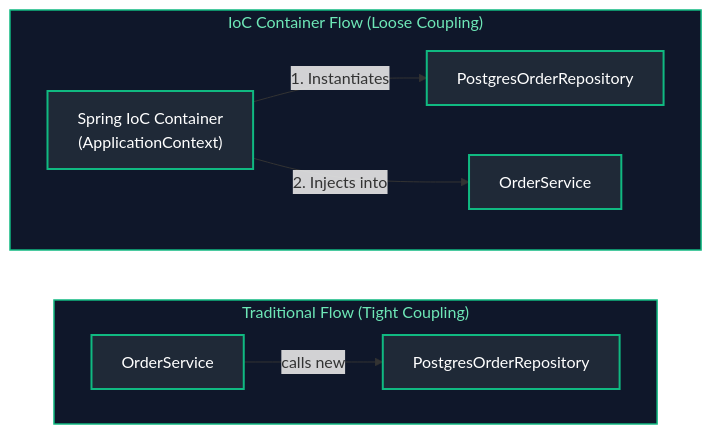
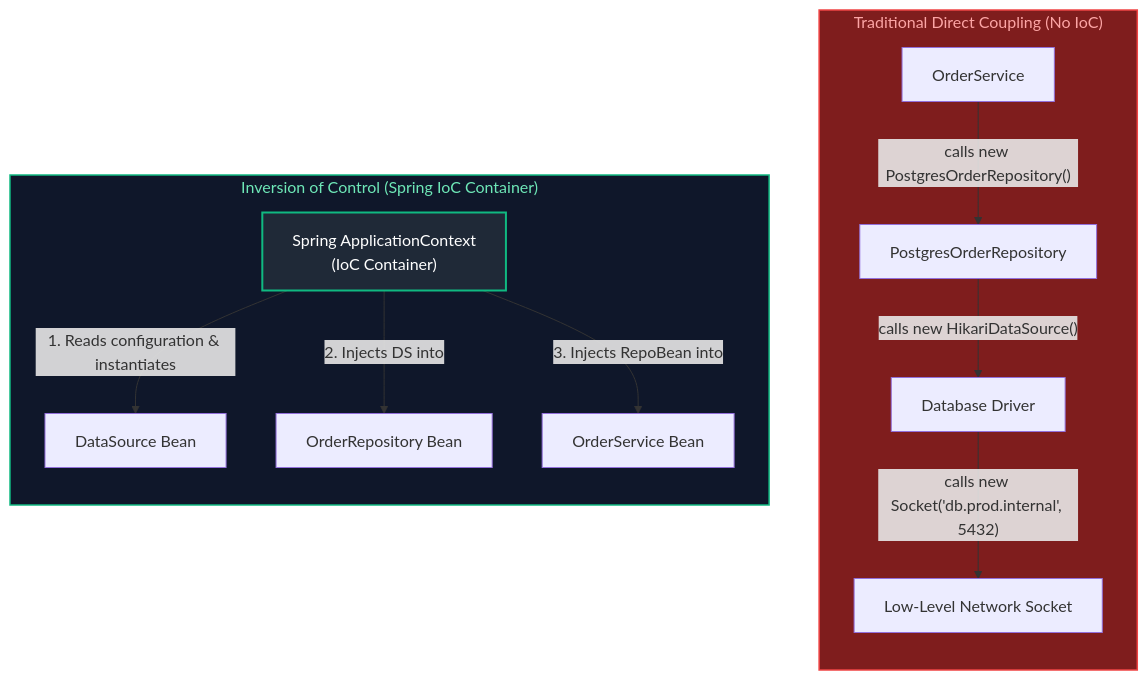
Before and after one commit to joydeep-biswas/Interview-Preparation: the second of 19 diagrams in Java Backend Engineering/07_spring_framework_spring_boot.md, drawn with Mermaid. The commit also changed other lines of this file and 143 other files, not shown here.

````diff
--- a/Java Backend Engineering/07_spring_framework_spring_boot.md
+++ b/Java Backend Engineering/07_spring_framework_spring_boot.md
@@ -110,23 +122,21 @@
 ```mermaid
-flowchart LR
-    subgraph Without_IoC["Traditional Flow (Tight Coupling)"]
-        direction LR
-        Client1["OrderService"] -->|"calls new"| Dep1["PostgresOrderRepository"]
-    end
-    
-    subgraph With_IoC["IoC Container Flow (Loose Coupling)"]
-        direction LR
-        Container["Spring IoC Container<br/>(ApplicationContext)"]
-        Container -->|"1. Instantiates"| Dep2["PostgresOrderRepository"]
-        Container -->|"2. Injects into"| Client2["OrderService"]
+flowchart TD
+    subgraph TraditionalModel ["Traditional Direct Coupling (No IoC)"]
+        direction TB
+        ClientA["OrderService"] -->|"calls new PostgresOrderRepository()"| ConcreteA["PostgresOrderRepository"]
+        ConcreteA -->|"calls new HikariDataSource()"| DB["Database Driver"]
+        DB -->|"calls new Socket('db.prod.internal', 5432)"| Net["Low-Level Network Socket"]
     end
 
-    style Without_IoC fill:#0f172a,stroke:#10b981,stroke-width:1.5px,color:#6ee7b7
-    style With_IoC fill:#0f172a,stroke:#10b981,stroke-width:1.5px,color:#6ee7b7
+    subgraph IoCModel ["Inversion of Control (Spring IoC Container)"]
+        direction TB
+        Container["Spring ApplicationContext<br/>(IoC Container)"]
+        Container -->|"1. Reads configuration & instantiates"| DS["DataSource Bean"]
+        Container -->|"2. Injects DS into"| RepoBean["OrderRepository Bean"]
+        Container -->|"3. Injects RepoBean into"| ServiceBean["OrderService Bean"]
+    end
 
-    style Client1 fill:#1f2937,stroke:#10b981,stroke-width:2px,color:#fff
-    style Dep1 fill:#1f2937,stroke:#10b981,stroke-width:2px,color:#fff
+    style TraditionalModel fill:#7f1d1d,stroke:#ef4444,stroke-width:1.5px,color:#fca5a5
+    style IoCModel fill:#0f172a,stroke:#10b981,stroke-width:1.5px,color:#6ee7b7
     style Container fill:#1f2937,stroke:#10b981,stroke-width:2px,color:#fff
-    style Dep2 fill:#1f2937,stroke:#10b981,stroke-width:2px,color:#fff
-    style Client2 fill:#1f2937,stroke:#10b981,stroke-width:2px,color:#fff
 ```
````
